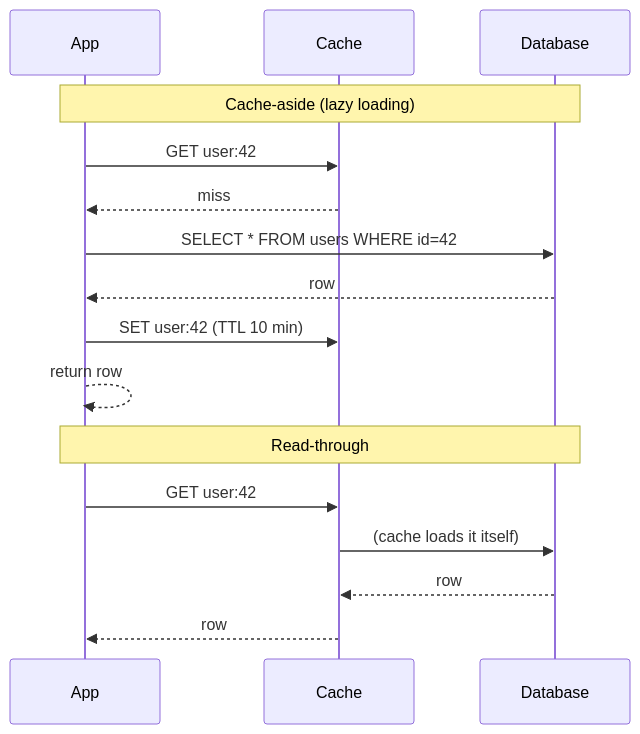
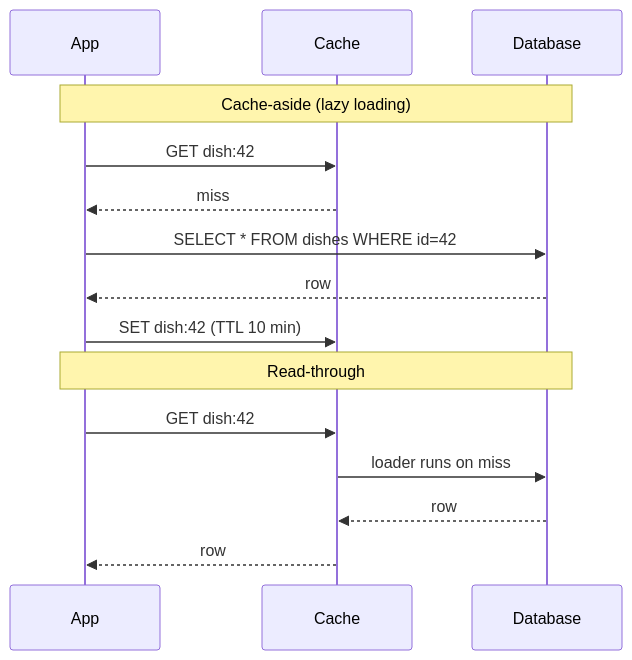
One commit to winnyboy5/System-Design-from-Atoms changed the diagram in phases/04-caching/028-cache-aside-and-read-through.md. Above: the diagram before and after it, drawn with Mermaid. The commit also changed other lines of this file and 5 other files, not shown here.

````diff
--- a/phases/04-caching/028-cache-aside-and-read-through.md
+++ b/phases/04-caching/028-cache-aside-and-read-through.md
@@ -26,18 +36,17 @@
 ```mermaid
 sequenceDiagram
     participant A as App
     participant C as Cache
     participant D as Database
     Note over A,D: Cache-aside (lazy loading)
-    A->>C: GET user:42
+    A->>C: GET dish:42
     C-->>A: miss
-    A->>D: SELECT * FROM users WHERE id=42
+    A->>D: SELECT * FROM dishes WHERE id=42
     D-->>A: row
-    A->>C: SET user:42 (TTL 10 min)
-    A-->>A: return row
+    A->>C: SET dish:42 (TTL 10 min)
     Note over A,D: Read-through
-    A->>C: GET user:42
-    C->>D: (cache loads it itself)
+    A->>C: GET dish:42
+    C->>D: loader runs on miss
     D-->>C: row
     C-->>A: row
 ```
````
